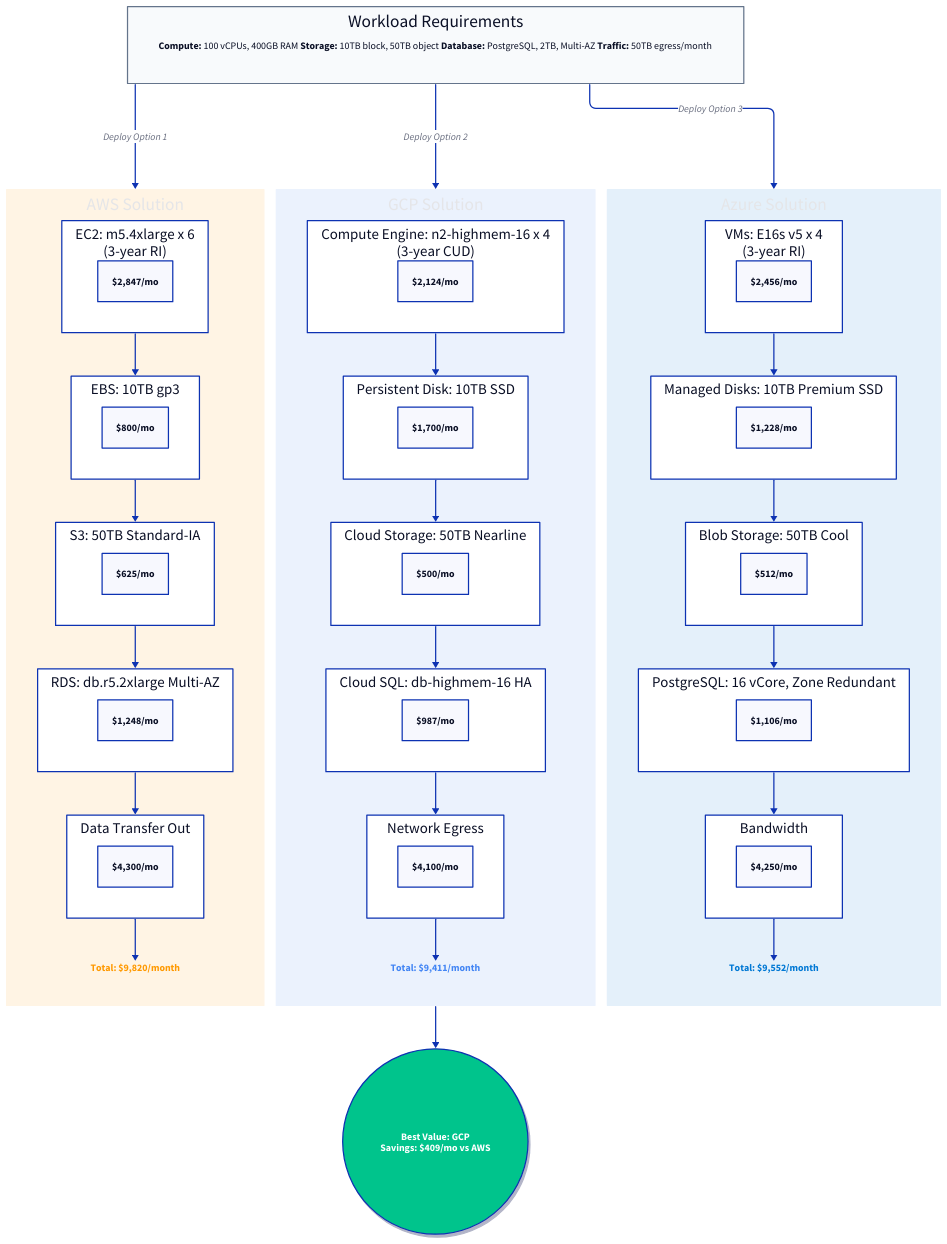
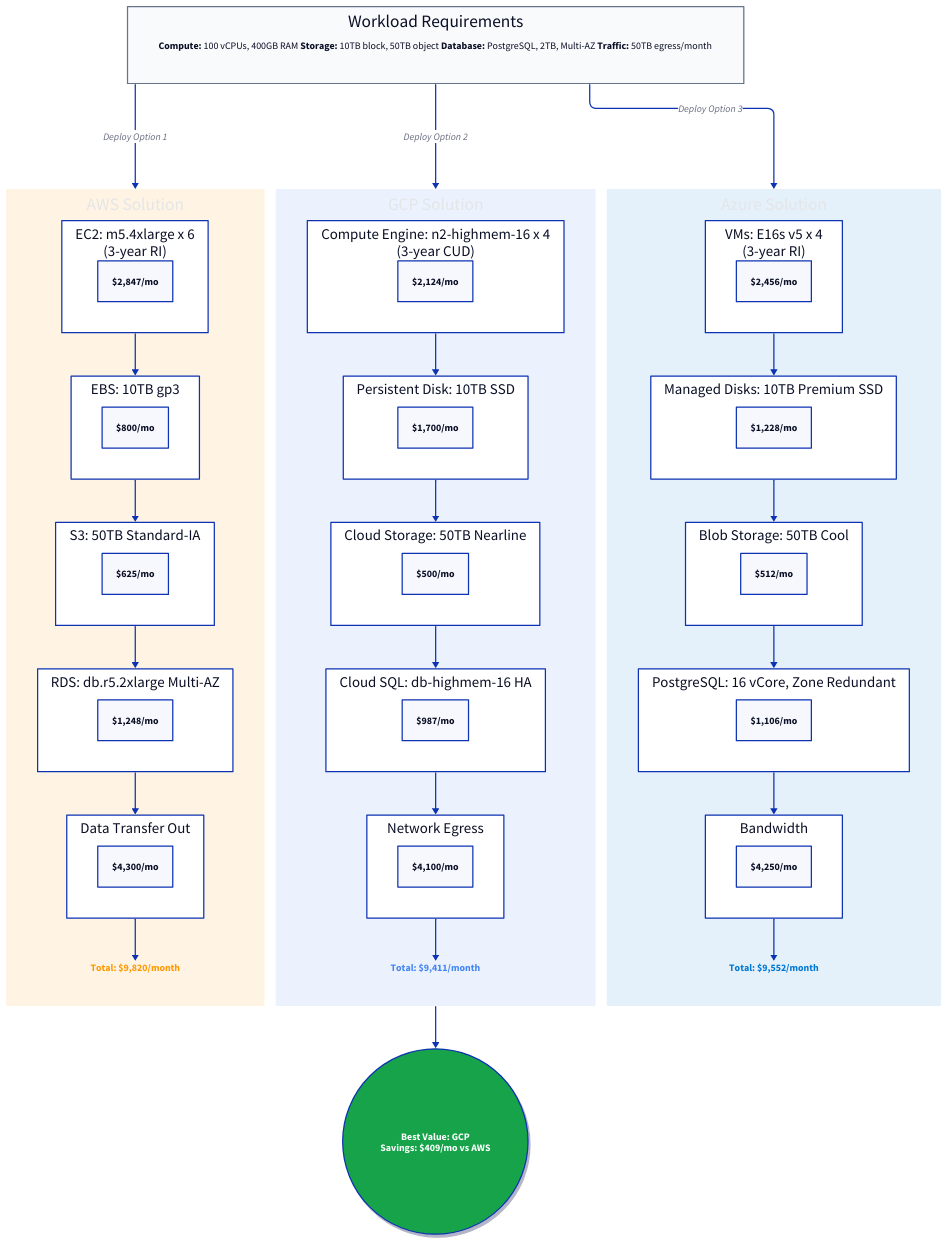
Before and after one commit to muskanbandta23/zopebooks: the diagram in _diagrams/templates/multi-cloud-comparison.d2, drawn with D2. The commit also changed 53 other files, not shown here.

```diff
--- a/_diagrams/templates/multi-cloud-comparison.d2
+++ b/_diagrams/templates/multi-cloud-comparison.d2
@@ -1,161 +1,161 @@
 # Multi-Cloud Comparison
 # Purpose: Compare costs/features across AWS, GCP, Azure
-# Brand: Zopdev (#0052FF primary, #00C48C success)
+# Brand: Zopdev (#0891b2 primary, #16a34a success)
 
 direction: down
 
 vars: {
   d2-config: {
     layout-engine: elk
     pad: 20
   }
 }
 
 workload: Workload Requirements {
   shape: rectangle
   style.fill: "#F8FAFC"
   style.stroke: "#64748B"
 
   specs: |md
     **Compute:** 100 vCPUs, 400GB RAM
     **Storage:** 10TB block, 50TB object
     **Database:** PostgreSQL, 2TB, Multi-AZ
     **Traffic:** 50TB egress/month
   |
 }
 
 aws: AWS Solution {
   shape: rectangle
   style.fill: "#FF9900"
   style.opacity: 0.1
   style.stroke: "#FF9900"
 
   compute: EC2: m5.4xlarge x 6\n(3-year RI) {
     style.fill: "#ffffff"
     cost: \$2,847/mo
   }
 
   storage_block: EBS: 10TB gp3 {
     style.fill: "#ffffff"
     cost: \$800/mo
   }
 
   storage_object: S3: 50TB Standard-IA {
     style.fill: "#ffffff"
     cost: \$625/mo
   }
 
   database: RDS: db.r5.2xlarge Multi-AZ {
     style.fill: "#ffffff"
     cost: \$1,248/mo
   }
 
   egress: Data Transfer Out {
     style.fill: "#ffffff"
     cost: \$4,300/mo
   }
 
   total_aws: Total: \$9,820/month {
     shape: text
     style.bold: true
     style.font-size: 16
     style.font-color: "#FF9900"
   }
 
   compute -> storage_block -> storage_object -> database -> egress -> total_aws
 }
 
 gcp: GCP Solution {
   shape: rectangle
   style.fill: "#4285F4"
   style.opacity: 0.1
   style.stroke: "#4285F4"
 
   compute: Compute Engine: n2-highmem-16 x 4\n(3-year CUD) {
     style.fill: "#ffffff"
     cost: \$2,124/mo
   }
 
   storage_block: Persistent Disk: 10TB SSD {
     style.fill: "#ffffff"
     cost: \$1,700/mo
   }
 
   storage_object: Cloud Storage: 50TB Nearline {
     style.fill: "#ffffff"
     cost: \$500/mo
   }
 
   database: Cloud SQL: db-highmem-16 HA {
     style.fill: "#ffffff"
     cost: \$987/mo
   }
 
   egress: Network Egress {
     style.fill: "#ffffff"
     cost: \$4,100/mo
   }
 
   total_gcp: Total: \$9,411/month {
     shape: text
     style.bold: true
     style.font-size: 16
     style.font-color: "#4285F4"
   }
 
   compute -> storage_block -> storage_object -> database -> egress -> total_gcp
 }
 
 azure: Azure Solution {
   shape: rectangle
   style.fill: "#0078D4"
   style.opacity: 0.1
   style.stroke: "#0078D4"
 
   compute: VMs: E16s v5 x 4\n(3-year RI) {
     style.fill: "#ffffff"
     cost: \$2,456/mo
   }
 
   storage_block: Managed Disks: 10TB Premium SSD {
     style.fill: "#ffffff"
     cost: \$1,228/mo
   }
 
   storage_object: Blob Storage: 50TB Cool {
     style.fill: "#ffffff"
     cost: \$512/mo
   }
 
   database: PostgreSQL: 16 vCore, Zone Redundant {
     style.fill: "#ffffff"
     cost: \$1,106/mo
   }
 
   egress: Bandwidth {
     style.fill: "#ffffff"
     cost: \$4,250/mo
   }
 
   total_azure: Total: \$9,552/month {
     shape: text
     style.bold: true
     style.font-size: 16
     style.font-color: "#0078D4"
   }
 
   compute -> storage_block -> storage_object -> database -> egress -> total_azure
 }
 
 workload -> aws: Deploy Option 1
 workload -> gcp: Deploy Option 2
 workload -> azure: Deploy Option 3
 
 winner: Best Value: GCP\nSavings: \$409/mo vs AWS {
   shape: circle
-  style.fill: "#00C48C"
+  style.fill: "#16a34a"
   style.font-color: "#ffffff"
   style.shadow: true
 }
 
 gcp -> winner
```
